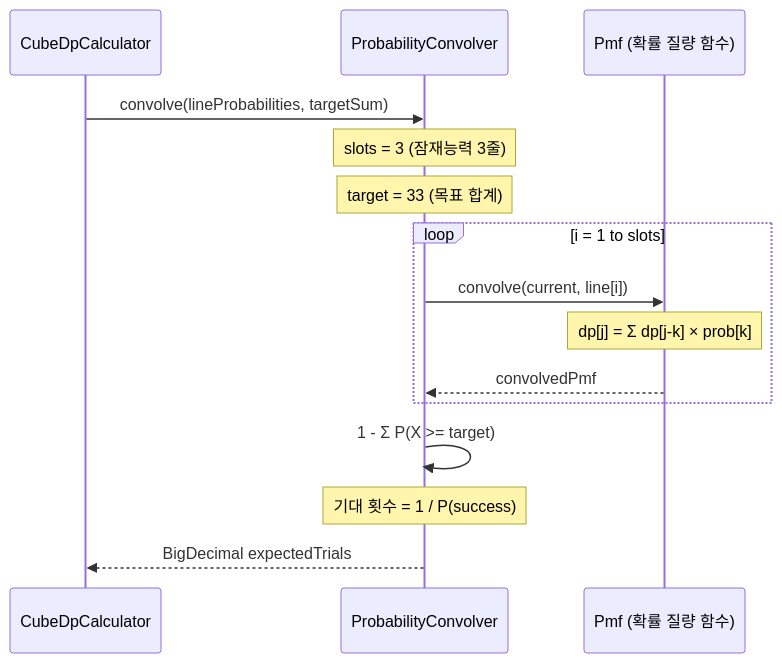
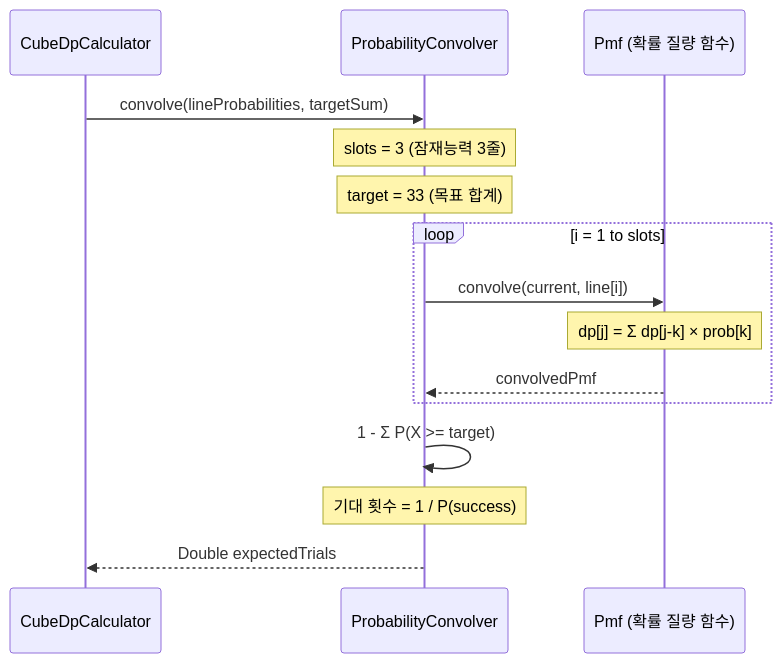
The third of 4 diagrams in docs/dp-calculator-sequence.md (zbnerd/MapleExpectation), drawn with Mermaid before and after one commit. The commit also changed other lines of this file and 3 other files, not shown here.

First line of the commit message:
docs: BigDecimal → double 문서 정합성 수정

````diff
--- a/docs/dp-calculator-sequence.md
+++ b/docs/dp-calculator-sequence.md
@@ -83,22 +83,22 @@
 ```mermaid
 sequenceDiagram
     participant DP as CubeDpCalculator
     participant PC as ProbabilityConvolver
     participant PMF as Pmf (확률 질량 함수)
 
     DP->>PC: convolve(lineProbabilities, targetSum)
 
     Note over PC: slots = 3 (잠재능력 3줄)
     Note over PC: target = 33 (목표 합계)
 
     loop i = 1 to slots
         PC->>PMF: convolve(current, line[i])
         Note over PMF: dp[j] = Σ dp[j-k] × prob[k]
         PMF-->>PC: convolvedPmf
     end
 
     PC->>PC: 1 - Σ P(X >= target)
     Note over PC: 기대 횟수 = 1 / P(success)
 
-    PC-->>DP: BigDecimal expectedTrials
+    PC-->>DP: Double expectedTrials
 ```
````
